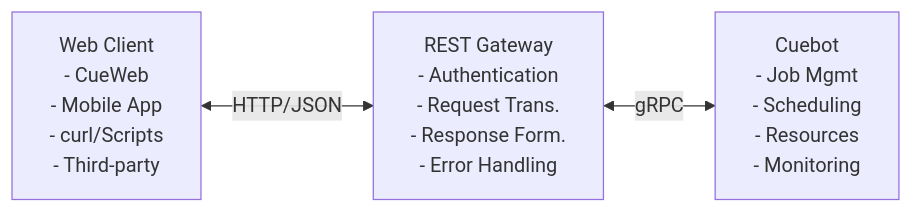
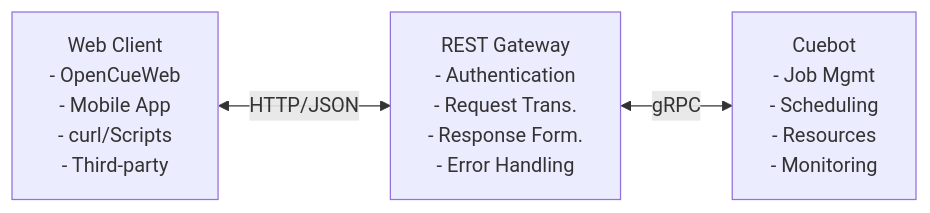
Before and after one commit to AcademySoftwareFoundation/OpenCue: the first of 4 diagrams in docs/_docs/concepts/cueweb-rest-gateway.md, drawn with Mermaid. The commit also changed other lines of this file and 24 other files, not shown here.

First line of the commit message:
[cueweb/docs] Rename CueWeb to OpenCueWeb across documentation (#2484)

```diff
--- a/docs/_docs/concepts/cueweb-rest-gateway.md
+++ b/docs/_docs/concepts/cueweb-rest-gateway.md
@@ -77,9 +77,9 @@
 <div class="mermaid">
 graph LR
-    A["Web Client<br/>- CueWeb<br/>- Mobile App<br/>- curl/Scripts<br/>- Third-party"]
+    A["Web Client<br/>- OpenCueWeb<br/>- Mobile App<br/>- curl/Scripts<br/>- Third-party"]
     B["REST Gateway<br/>- Authentication<br/>- Request Trans.<br/>- Response Form.<br/>- Error Handling"]
     C["Cuebot<br/>- Job Mgmt<br/>- Scheduling<br/>- Resources<br/>- Monitoring"]
 
     A <-->|HTTP/JSON| B
     B <-->|gRPC| C
 </div>
```
